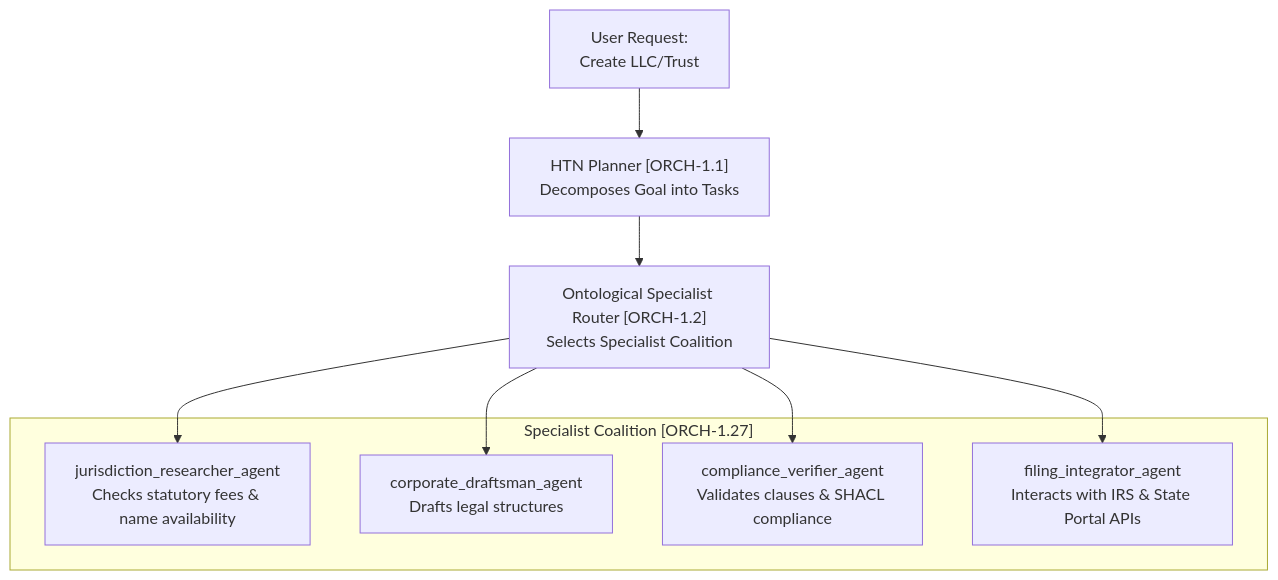
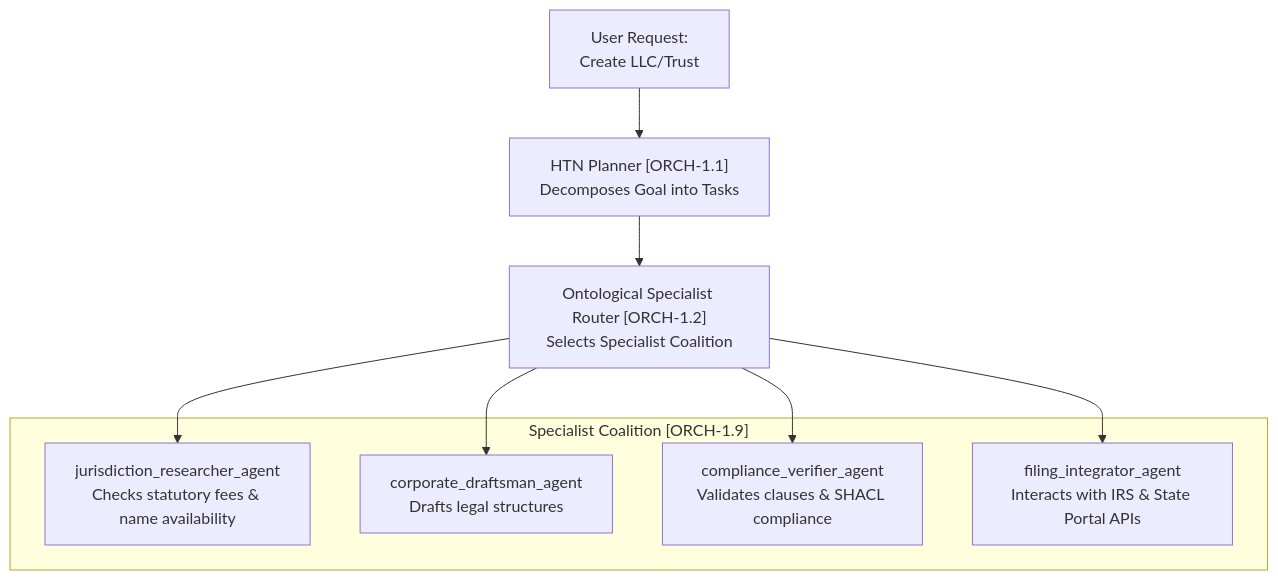
One commit to Knuckles-Team/agent-utilities changed the fourth of 8 diagrams in docs/legal_automation_roadmap.md. Above: the diagram before and after it, drawn with Mermaid. The commit also changed other lines of this file and 556 other files, not shown here.

````diff
--- a/docs/legal_automation_roadmap.md
+++ b/docs/legal_automation_roadmap.md
@@ -219,17 +229,17 @@
 ```mermaid
 graph TD
     Start["User Request:<br/>Create LLC/Trust"] --> HTN["HTN Planner [ORCH-1.1]<br/>Decomposes Goal into Tasks"]
     HTN --> Route["Ontological Specialist Router [ORCH-1.2]<br/>Selects Specialist Coalition"]
 
-    subgraph Coalition ["Specialist Coalition [ORCH-1.27]"]
+    subgraph Coalition ["Specialist Coalition [ORCH-1.9]"]
         Research["jurisdiction_researcher_agent<br/>Checks statutory fees & name availability"]
         Draftsman["corporate_draftsman_agent<br/>Drafts legal structures"]
         Validator["compliance_verifier_agent<br/>Validates clauses & SHACL compliance"]
         Integrator["filing_integrator_agent<br/>Interacts with IRS & State Portal APIs"]
     end
 
     Route --> Research
     Route --> Draftsman
     Route --> Validator
     Route --> Integrator
 ```
````
